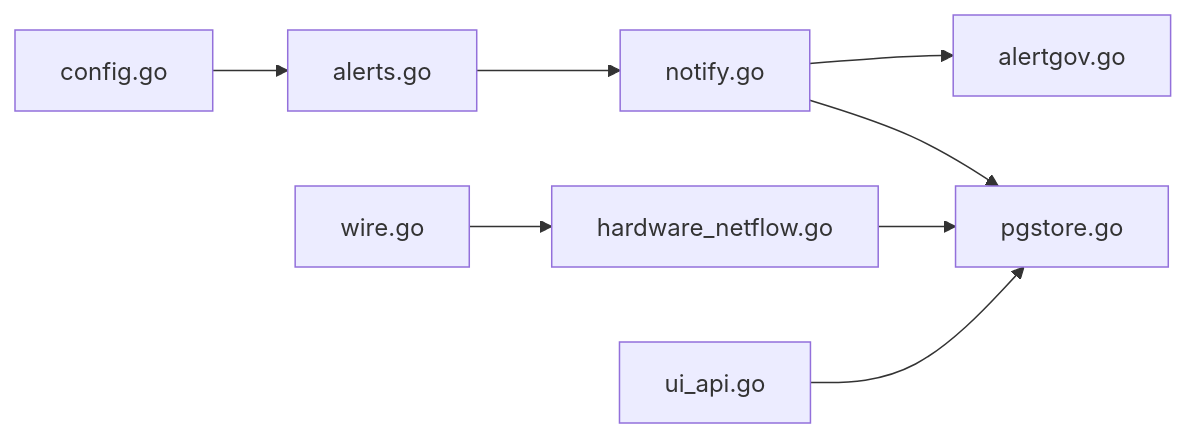
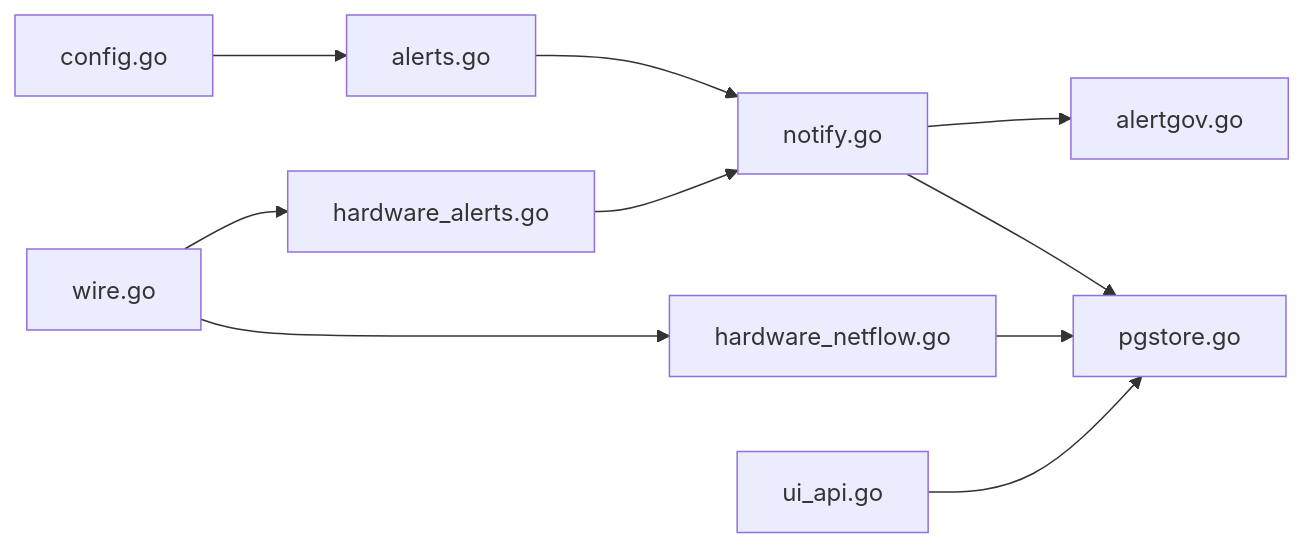
Before and after one commit to sreyun/aiops-monitor: the eighth of 8 diagrams in .qoder/repowiki/zh/content/核心功能/告警系统/告警系统.md, drawn with Mermaid. The commit also changed other lines of this file and 55 other files, not shown here.

````diff
--- a/.qoder/repowiki/zh/content/核心功能/告警系统/告警系统.md
+++ b/.qoder/repowiki/zh/content/核心功能/告警系统/告警系统.md
@@ -368,10 +412,12 @@
 ```mermaid
 graph LR
 Alerts["alerts.go"] --> Notify["notify.go"]
 Notify --> Gov["alertgov.go"]
 Notify --> PG["pgstore.go"]
-HW["hardware_netflow.go"] --> PG
+HWNetFlow["hardware_netflow.go"] --> PG
+HWEval["hardware_alerts.go"] --> Notify
 UI["ui_api.go"] --> PG
 Config["config.go"] --> Alerts
-Wire["wire.go"] --> HW
+Wire["wire.go"] --> HWNetFlow
+Wire --> HWEval
 ```
````
